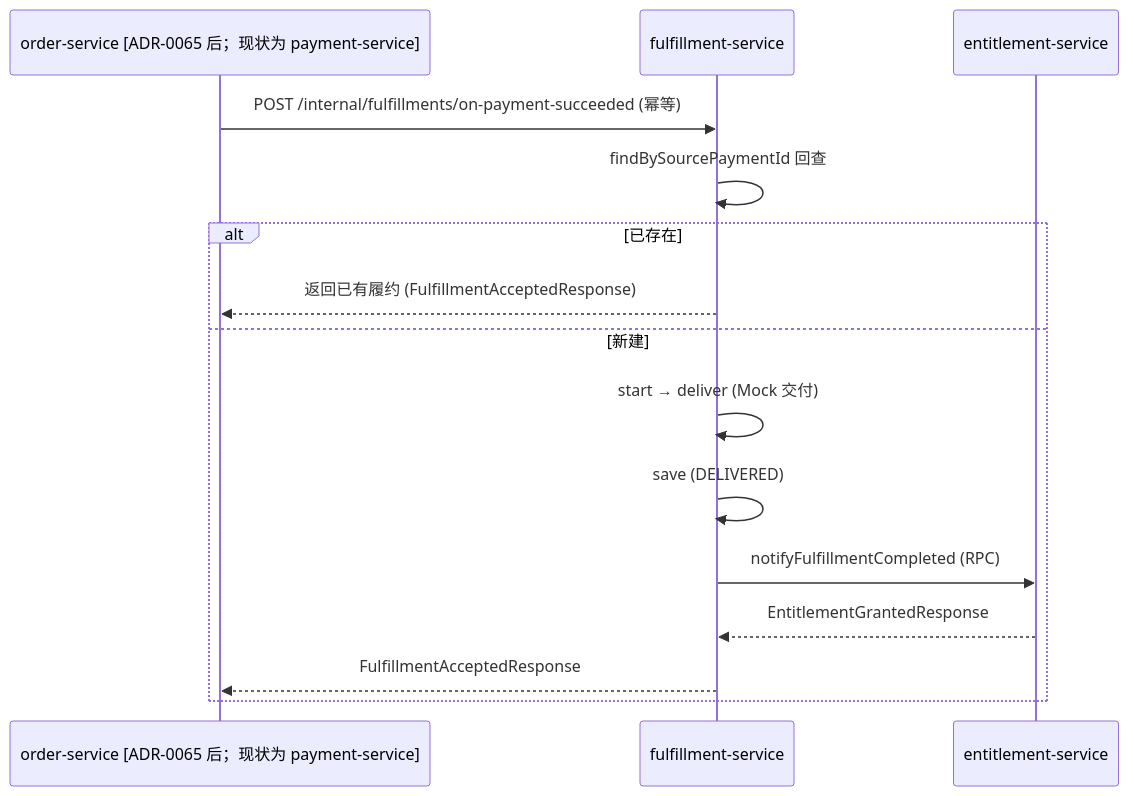
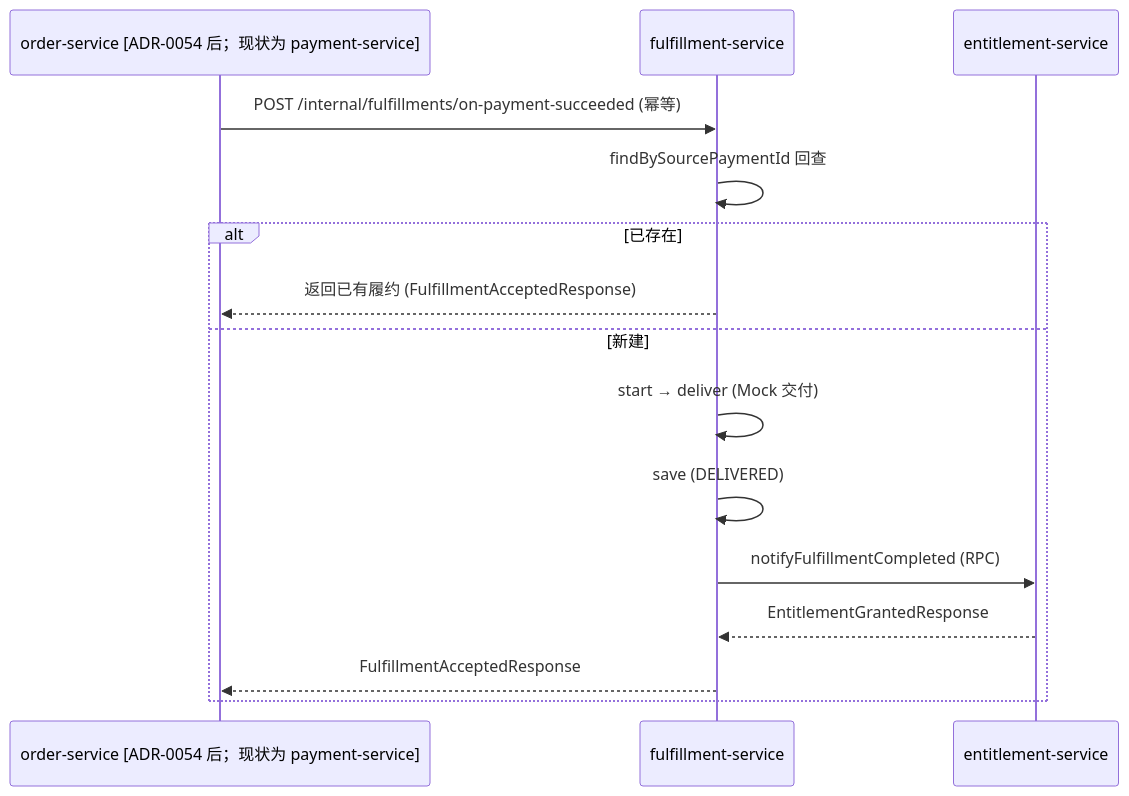
The diagram in docs/architecture/systems/fulfillment-service.md (ckcky/Payment), drawn with Mermaid before and after one commit. The commit also changed other lines of this file and 70 other files, not shown here.

````diff
--- a/docs/architecture/systems/fulfillment-service.md
+++ b/docs/architecture/systems/fulfillment-service.md
@@ -169,17 +169,17 @@
 ```mermaid
 sequenceDiagram
-    participant O as order-service [ADR-0065 后；现状为 payment-service]
+    participant O as order-service [ADR-0054 后；现状为 payment-service]
     participant F as fulfillment-service
     participant E as entitlement-service
     O->>F: POST /internal/fulfillments/on-payment-succeeded (幂等)
     F->>F: findBySourcePaymentId 回查
     alt 已存在
         F-->>O: 返回已有履约 (FulfillmentAcceptedResponse)
     else 新建
         F->>F: start → deliver (Mock 交付)
         F->>F: save (DELIVERED)
         F->>E: notifyFulfillmentCompleted (RPC)
         E-->>F: EntitlementGrantedResponse
         F-->>O: FulfillmentAcceptedResponse
     end
 ```
````
